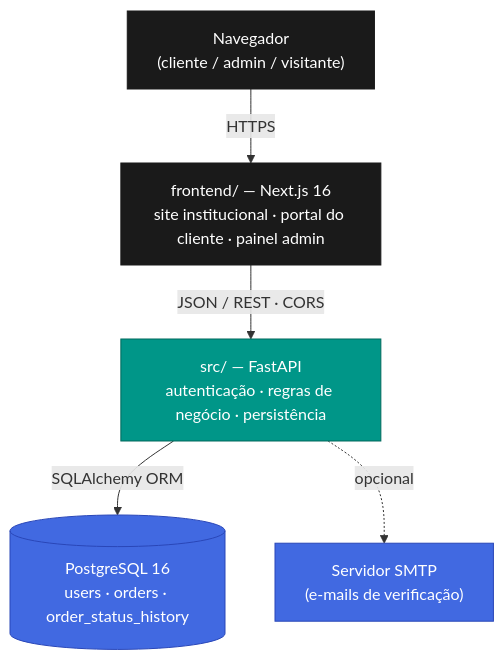
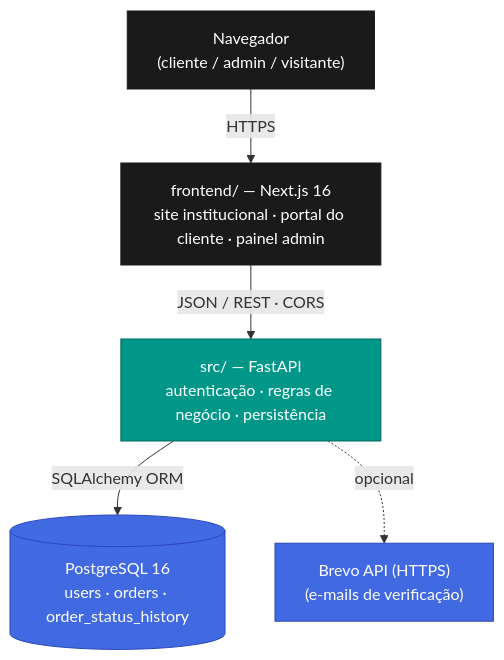
The first of 3 diagrams in README.md (jgabrielflores/marcenaria-api), drawn with Mermaid before and after one commit. The commit also changed other lines of this file and 7 other files, not shown here.

First line of the commit message:
docs: align documentation with Railway/Brevo/Git-Flow reality

````diff
--- a/README.md
+++ b/README.md
@@ -135,20 +135,20 @@
 ```mermaid
 flowchart TD
     Browser["Navegador<br/>(cliente / admin / visitante)"]
     Frontend["frontend/ — Next.js 16<br/>site institucional · portal do cliente · painel admin"]
     API["src/ — FastAPI<br/>autenticação · regras de negócio · persistência"]
     DB[("PostgreSQL 16<br/>users · orders · order_status_history")]
-    SMTP["Servidor SMTP<br/>(e-mails de verificação)"]
+    Email["Brevo API (HTTPS)<br/>(e-mails de verificação)"]
 
     Browser -->|HTTPS| Frontend
     Frontend -->|JSON / REST · CORS| API
     API -->|SQLAlchemy ORM| DB
-    API -.->|opcional| SMTP
+    API -.->|opcional| Email
 
     classDef edge fill:#1a1a1a,stroke:#1a1a1a,color:#fff
     classDef core fill:#009688,stroke:#00695c,color:#fff
     classDef store fill:#4169E1,stroke:#2a47b8,color:#fff
     class Browser,Frontend edge
     class API core
-    class DB,SMTP store
+    class DB,Email store
 ```
````
